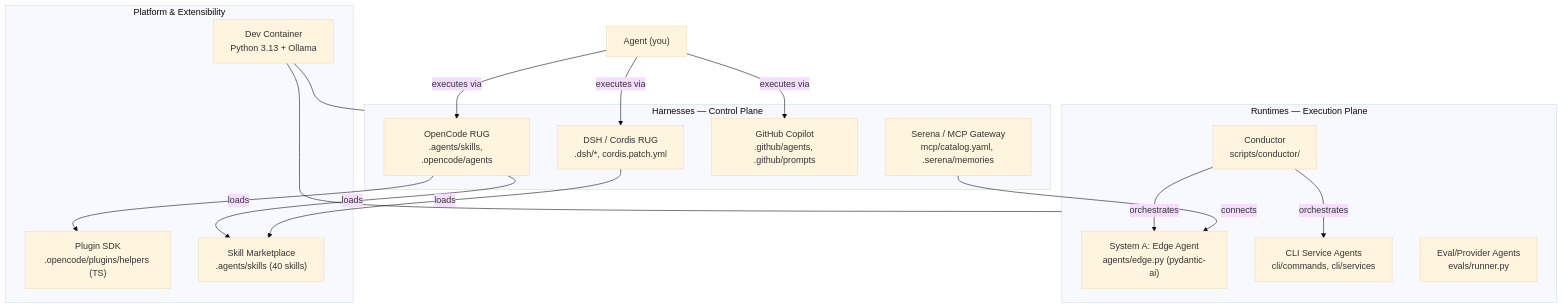
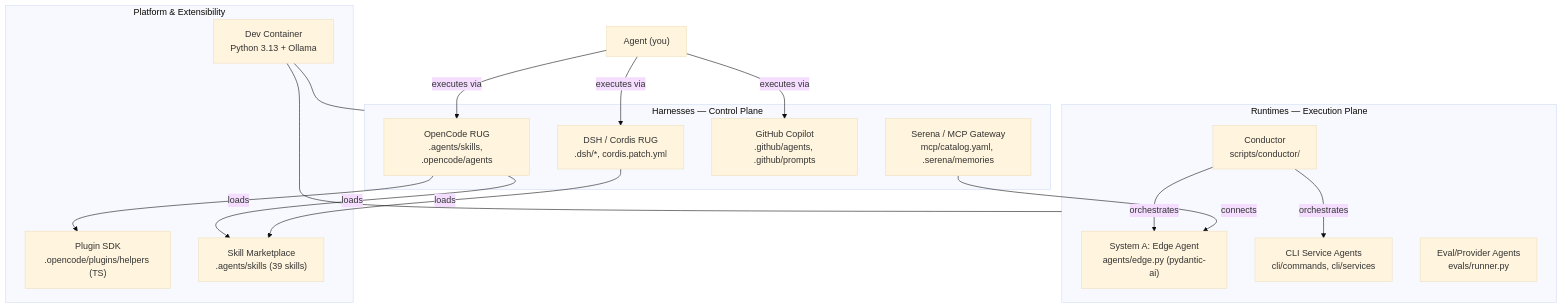
Before and after one commit to Th3Un1q3/edgent-smith: the diagram in AGENTS.md, drawn with Mermaid (base theme). The commit also changed other lines of this file and 81 other files, not shown here.

First line of the commit message:
feat(opencode): implement findings persistence in research tasks, update AGENTS.md for skill count, and optimize MCP gateway tool access

````diff
--- a/AGENTS.md
+++ b/AGENTS.md
@@ -12,32 +12,32 @@
 ```mermaid
 flowchart TB
     subgraph harnesses["Harnesses — Control Plane"]
         OpenCode["OpenCode RUG\n.agents/skills, .opencode/agents"]
         DSH["DSH / Cordis RUG\n.dsh/*, cordis.patch.yml"]
         Copilot["GitHub Copilot\n.github/agents, .github/prompts"]
         Serena["Serena / MCP Gateway\nmcp/catalog.yaml, .serena/memories"]
     end
     subgraph runtimes["Runtimes — Execution Plane"]
         EdgeA["System A: Edge Agent\nagents/edge.py (pydantic-ai)"]
         CLI["CLI Service Agents\ncli/commands, cli/services"]
         Evals["Eval/Provider Agents\nevals/runner.py"]
         Conductor["Conductor\nscripts/conductor/"]
     end
     subgraph platform["Platform & Extensibility"]
         DevContainer["Dev Container\nPython 3.13 + Ollama"]
         PluginSDK["Plugin SDK\n.opencode/plugins/helpers (TS)"]
-        Skills["Skill Marketplace\n.agents/skills (40 skills)"]
+        Skills["Skill Marketplace\n.agents/skills (39 skills)"]
     end
     Agent["Agent (you)"] -- executes via --> OpenCode
     Agent -- executes via --> DSH
     Agent -- executes via --> Copilot
     Conductor -- orchestrates --> EdgeA
     Conductor -- orchestrates --> CLI
     OpenCode -- loads --> PluginSDK
     OpenCode -- loads --> Skills
     DSH -- loads --> Skills
     Serena -- connects --> EdgeA
     DevContainer --- harnesses
     DevContainer --- runtimes
     DevContainer --- platform
 ```
````
